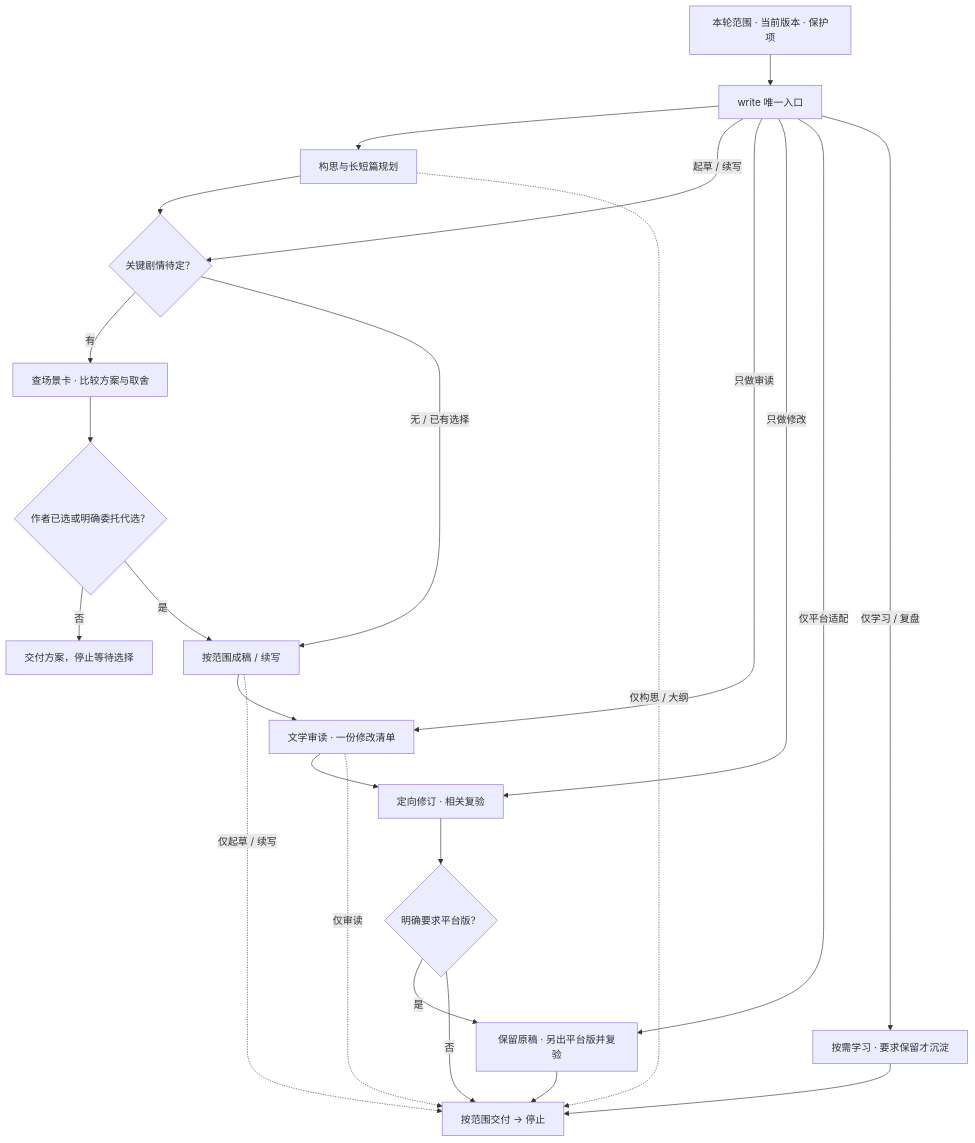
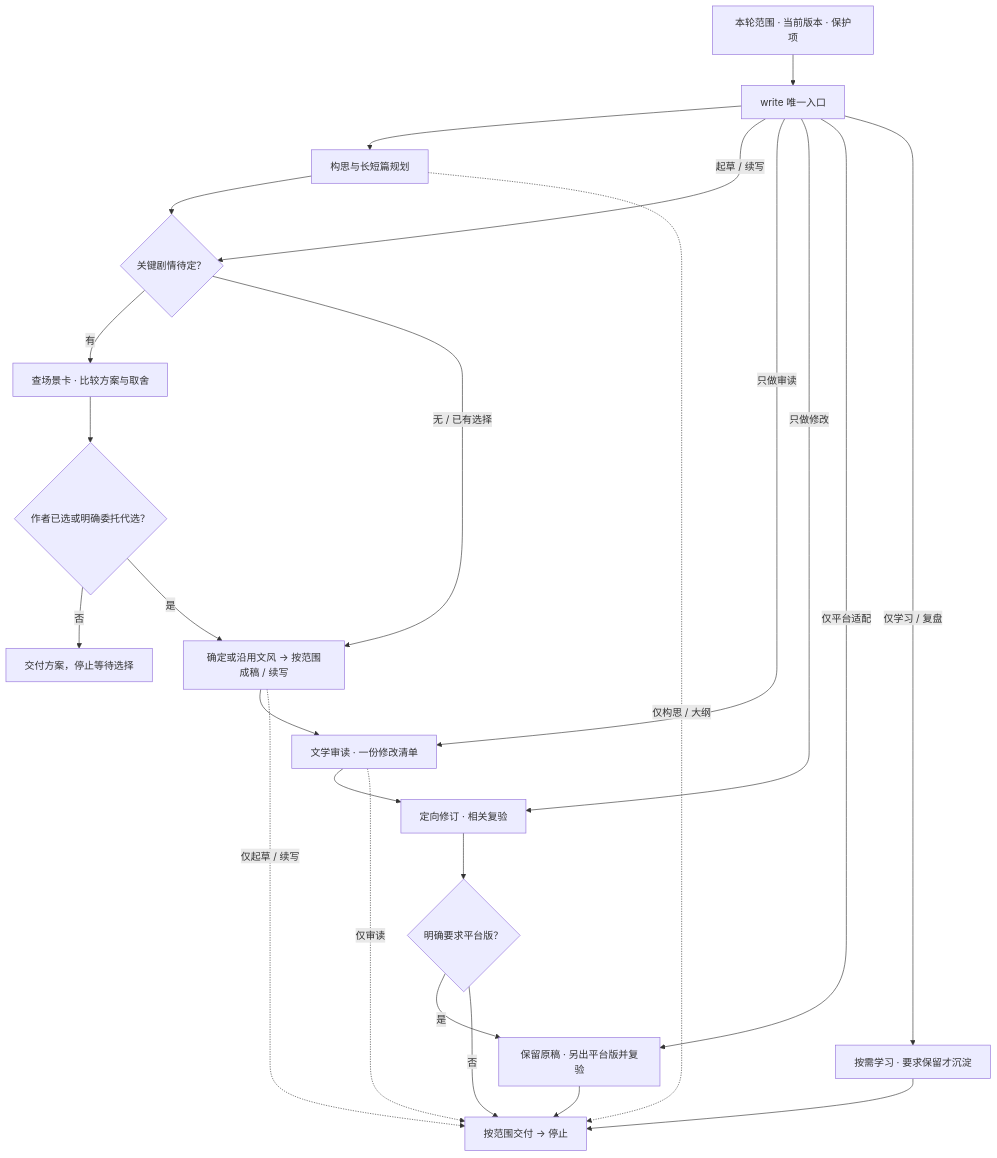
The diagram in README.md (meng1586/writing-skill), drawn with Mermaid before and after one commit. The commit also changed other lines of this file and 3 other files, not shown here.

````diff
--- a/README.md
+++ b/README.md
@@ -9,26 +9,26 @@
 ```mermaid
 flowchart TD
     A["本轮范围 · 当前版本 · 保护项"] --> B["write 唯一入口"]
     B --> C["构思与长短篇规划"]
     B -->|"起草 / 续写"| D
     B -->|"只做审读"| H
     B -->|"只做修改"| I
     B -->|"仅平台适配"| P
     C --> D{"关键剧情待定？"}
     D -->|"有"| E["查场景卡 · 比较方案与取舍"]
     E --> F{"作者已选或明确委托代选？"}
     F -->|"否"| W["交付方案，停止等待选择"]
-    F -->|"是"| G["按范围成稿 / 续写"]
+    F -->|"是"| G["确定或沿用文风 → 按范围成稿 / 续写"]
     D -->|"无 / 已有选择"| G
     G --> H["文学审读 · 一份修改清单"]
     H --> I["定向修订 · 相关复验"]
     I --> J{"明确要求平台版？"}
     J -->|"是"| P["保留原稿 · 另出平台版并复验"]
     J -->|"否"| Z["按范围交付 → 停止"]
     P --> Z
     C -.->|"仅构思 / 大纲"| Z
     G -.->|"仅起草 / 续写"| Z
     H -.->|"仅审读"| Z
     B -->|"仅学习 / 复盘"| L["按需学习 · 要求保留才沉淀"]
     L --> Z
 ```
````
